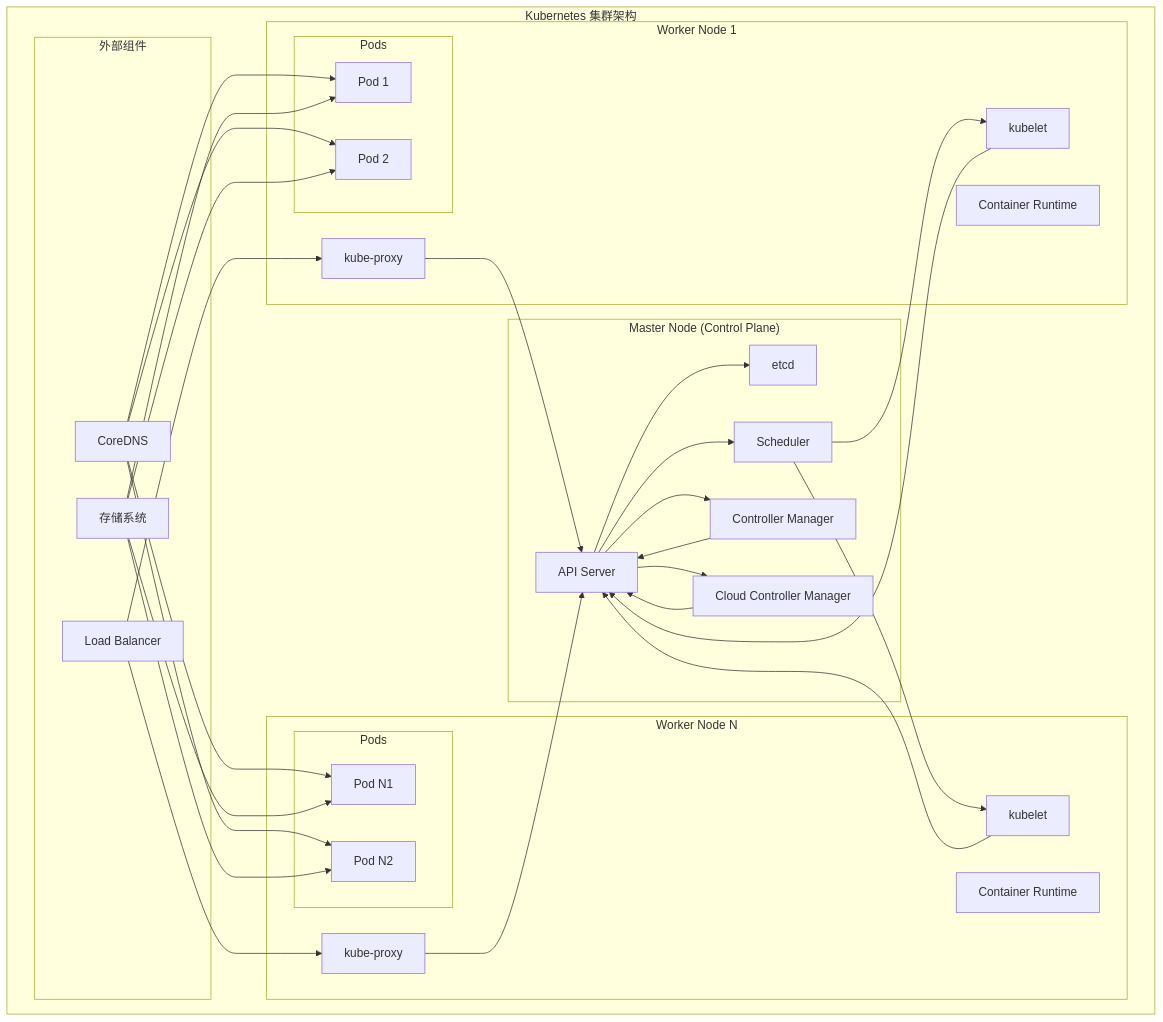
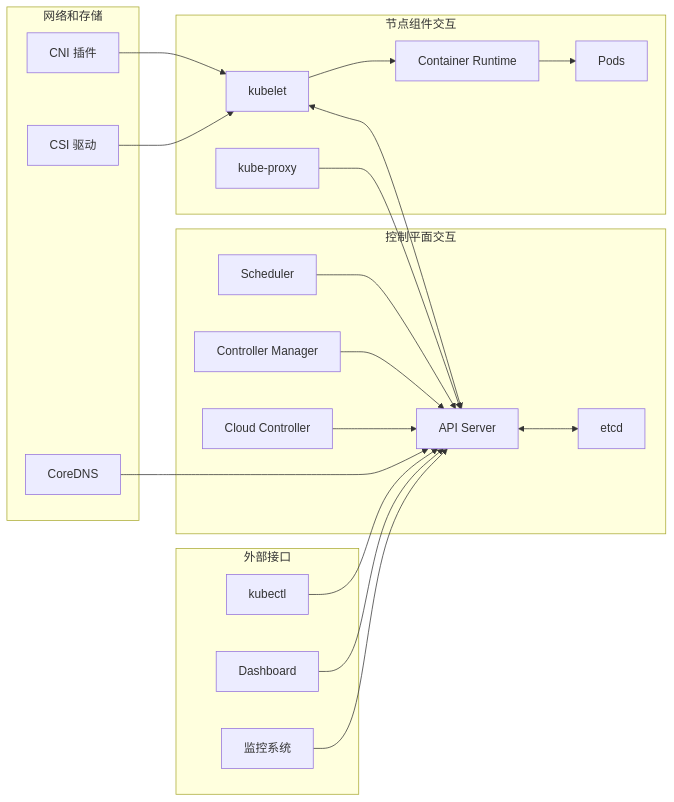
The third of 4 diagrams in kubernetes/knowledge/01-core-concepts/README.md (zhiqli1993/cloud-study), drawn with Mermaid before and after one commit. The commit also changed other lines of this file and 62 other files, not shown here.

````diff
--- a/kubernetes/knowledge/01-core-concepts/README.md
+++ b/kubernetes/knowledge/01-core-concepts/README.md
@@ -9,68 +195,28 @@
 ```mermaid
-graph TB
-    subgraph "Kubernetes 集群架构"
-        subgraph "Master Node (Control Plane)"
-            API[API Server]
-            ETCD[etcd]
-            SCH[Scheduler]
-            CM[Controller Manager]
-            CCM[Cloud Controller Manager]
-        end
-        
-        subgraph "Worker Node 1"
-            KUBELET1[kubelet]
-            PROXY1[kube-proxy]
-            RUNTIME1[Container Runtime]
-            subgraph "Pods"
-                POD1[Pod 1]
-                POD2[Pod 2]
-            end
-        end
-        
-        subgraph "Worker Node N"
-            KUBELETN[kubelet]
-            PROXYN[kube-proxy]
-            RUNTIMEN[Container Runtime]
-            subgraph "Pods "
-                PODN1[Pod N1]
-                PODN2[Pod N2]
-            end
-        end
-        
-        subgraph "外部组件"
-            DNS[CoreDNS]
-            LB[Load Balancer]
-            STORAGE[存储系统]
-        end
+graph LR
+    subgraph "控制平面交互"
+        API[API Server] <--> ETCD[etcd]
+        SCH[Scheduler] --> API
+        CM[Controller Manager] --> API
+        CCM[Cloud Controller] --> API
     end
     
-    API --> ETCD
-    API --> SCH
-    API --> CM
-    API --> CCM
+    subgraph "节点组件交互"
+        KUBELET[kubelet] <--> API
+        PROXY[kube-proxy] --> API
+        KUBELET --> RUNTIME[Container Runtime]
+        RUNTIME --> PODS[Pods]
+    end
     
-    KUBELET1 --> API
-    KUBELETN --> API
+    subgraph "网络和存储"
+        CNI[CNI 插件] --> KUBELET
+        CSI[CSI 驱动] --> KUBELET
+        DNS[CoreDNS] --> API
+    end
     
-    PROXY1 --> API
-    PROXYN --> API
-    
-    SCH --> KUBELET1
-    SCH --> KUBELETN
-    
-    CM --> API
-    CCM --> API
-    
-    LB --> PROXY1
-    LB --> PROXYN
-    
-    DNS --> POD1
-    DNS --> POD2
-    DNS --> PODN1
-    DNS --> PODN2
-    
-    STORAGE --> POD1
-    STORAGE --> POD2
-    STORAGE --> PODN1
-    STORAGE --> PODN2
+    subgraph "外部接口"
+        CLI[kubectl] --> API
+        DASHBOARD[Dashboard] --> API
+        MONITORING[监控系统] --> API
+    end
 ```
````
